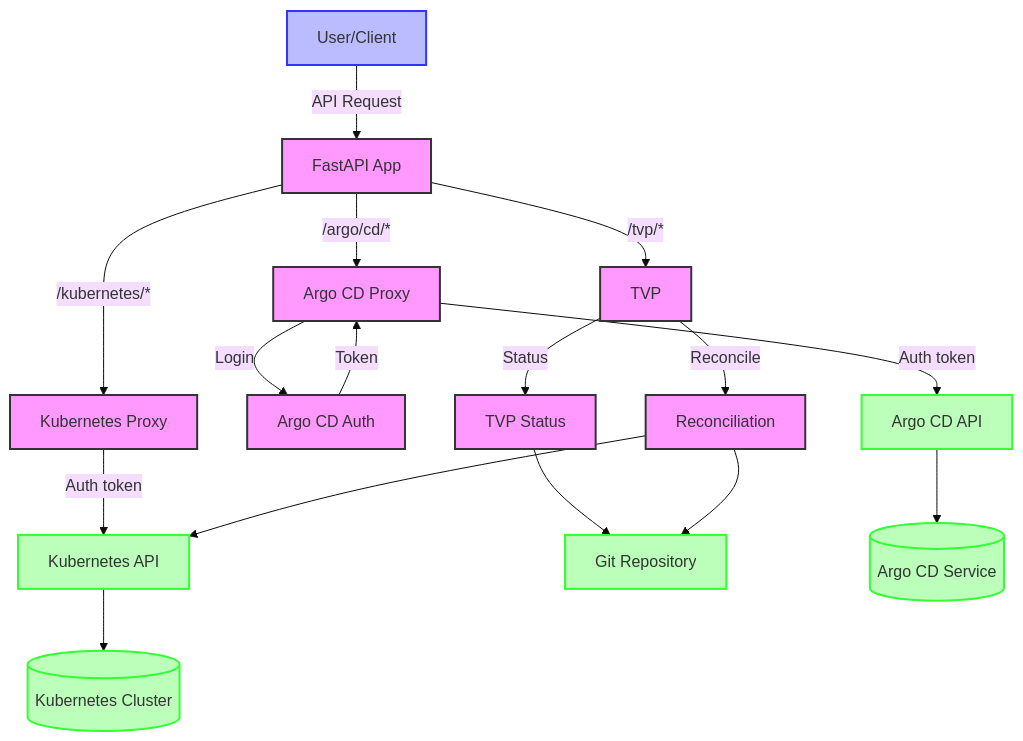
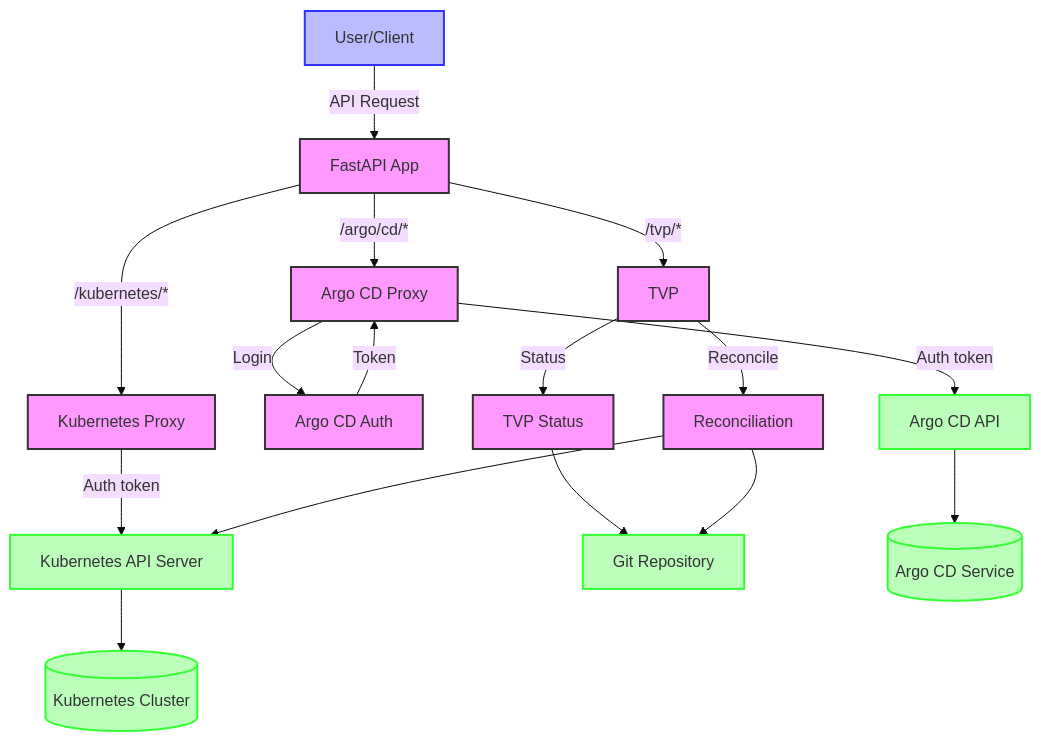
The ninth of 9 diagrams in README.md (lloydchang/tvp-k8s), drawn with Mermaid (base theme) before and after one commit. The commit also changed other lines of this file and 3 other files, not shown here.

````diff
--- a/README.md
+++ b/README.md
@@ -594,32 +593,32 @@
 ```mermaid
 flowchart TD
     User[User/Client] -->|API Request| API[FastAPI App]
     
     API -->|/kubernetes/*| KP[Kubernetes Proxy]
     API -->|/argo/cd/*| AP[Argo CD Proxy]
     API -->|/tvp/*| TVP[TVP]
     
-    KP -->|Auth token| KA[Kubernetes API]
+    KP -->|Auth token| KA[Kubernetes API Server]
     AP -->|Login| Auth[Argo CD Auth]
     Auth -->|Token| AP
     AP -->|Auth token| AA[Argo CD API]
     
     TVP -->|Status| TS[TVP Status]
     TVP -->|Reconcile| R[Reconciliation]
     
     TS --> Git[Git Repository]
     R --> Git
     R --> KA
     
     KA --> Kubernetes[(Kubernetes Cluster)]
     AA --> ArgoCD[(Argo CD Service)]
     
     classDef user fill:#bbf,stroke:#33f,stroke-width:2px
     classDef app fill:#f9f,stroke:#333,stroke-width:2px
     classDef external fill:#bfb,stroke:#3f3,stroke-width:2px
     
     class User user
     class API,KP,AP,TVP,TS,R,Auth app
     class Kubernetes,ArgoCD,Git,KA,AA external
 
 ```
````
